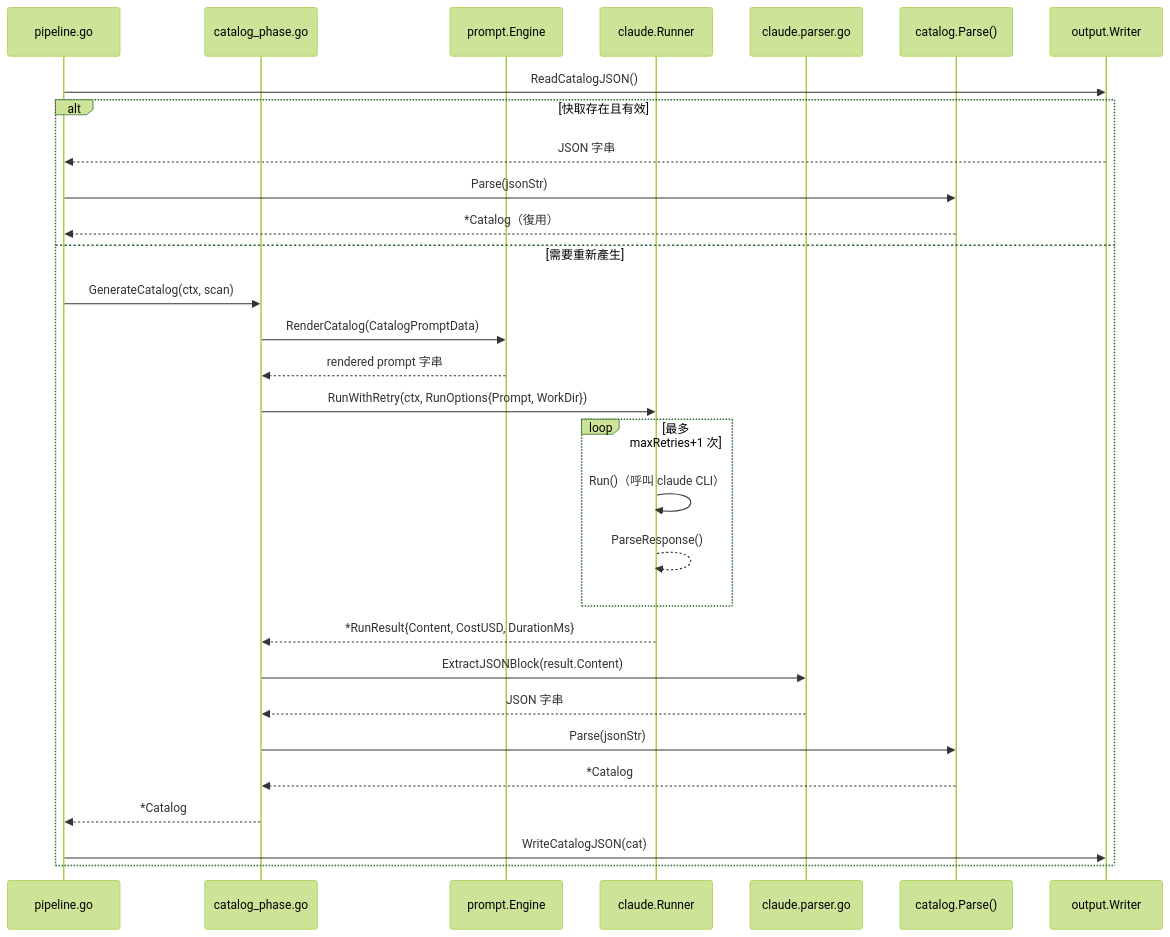
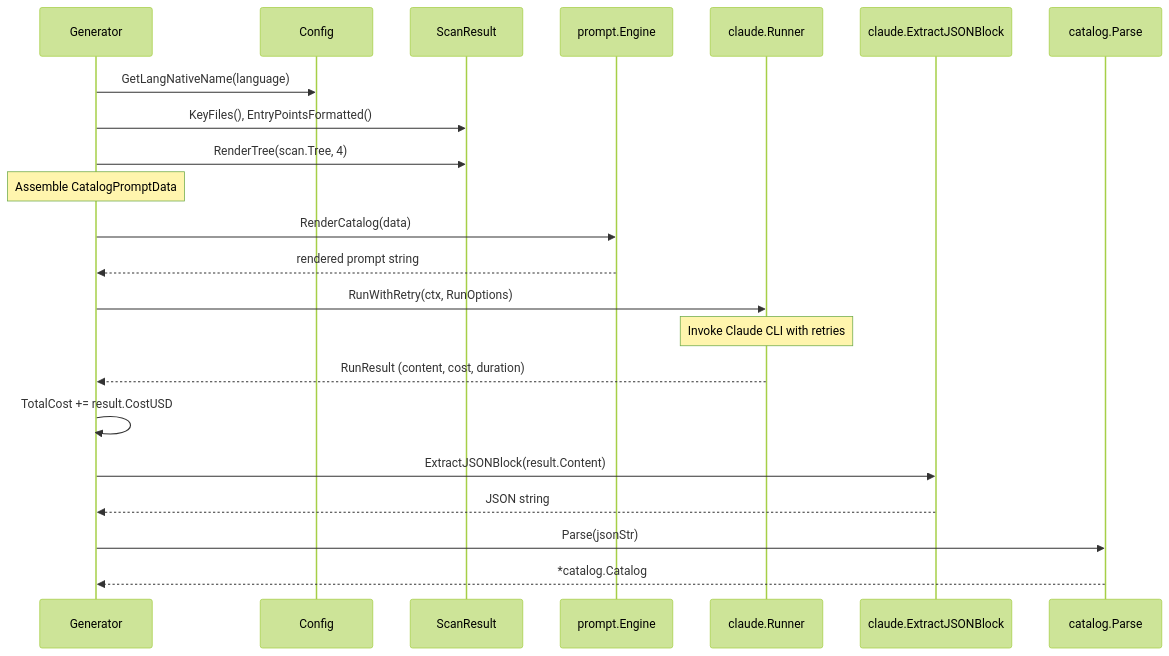
Before and after one commit to monkenWu/selfmd-claude-code: the second of 2 diagrams in docs/core-modules/generator/catalog-phase/index.md, drawn with Mermaid (forest theme). The commit also changed other lines of this file and 145 other files, not shown here.

````diff
--- a/docs/core-modules/generator/catalog-phase/index.md
+++ b/docs/core-modules/generator/catalog-phase/index.md
@@ -128,33 +112,25 @@
 ```mermaid
 sequenceDiagram
-    participant Pipeline as pipeline.go
-    participant CatalogPhase as catalog_phase.go
-    participant Engine as prompt.Engine
-    participant Runner as claude.Runner
-    participant Parser as claude.parser.go
-    participant CatalogPkg as catalog.Parse()
-    participant Writer as output.Writer
+    participant Gen as Generator
+    participant Cfg as Config
+    participant Scan as ScanResult
+    participant Eng as prompt.Engine
+    participant Run as claude.Runner
+    participant Parse as claude.ExtractJSONBlock
+    participant Cat as catalog.Parse
 
-    Pipeline->>Writer: ReadCatalogJSON()
-    alt 快取存在且有效
-        Writer-->>Pipeline: JSON 字串
-        Pipeline->>CatalogPkg: Parse(jsonStr)
-        CatalogPkg-->>Pipeline: *Catalog（復用）
-    else 需要重新產生
-        Pipeline->>CatalogPhase: GenerateCatalog(ctx, scan)
-        CatalogPhase->>Engine: RenderCatalog(CatalogPromptData)
-        Engine-->>CatalogPhase: rendered prompt 字串
-        CatalogPhase->>Runner: RunWithRetry(ctx, RunOptions{Prompt, WorkDir})
-        loop 最多 maxRetries+1 次
-            Runner->>Runner: Run()（呼叫 claude CLI）
-            Runner-->>Runner: ParseResponse()
-        end
-        Runner-->>CatalogPhase: *RunResult{Content, CostUSD, DurationMs}
-        CatalogPhase->>Parser: ExtractJSONBlock(result.Content)
-        Parser-->>CatalogPhase: JSON 字串
-        CatalogPhase->>CatalogPkg: Parse(jsonStr)
-        CatalogPkg-->>CatalogPhase: *Catalog
-        CatalogPhase-->>Pipeline: *Catalog
-        Pipeline->>Writer: WriteCatalogJSON(cat)
-    end
+    Gen->>Cfg: GetLangNativeName(language)
+    Gen->>Scan: KeyFiles(), EntryPointsFormatted()
+    Gen->>Scan: RenderTree(scan.Tree, 4)
+    Note over Gen: Assemble CatalogPromptData
+    Gen->>Eng: RenderCatalog(data)
+    Eng-->>Gen: rendered prompt string
+    Gen->>Run: RunWithRetry(ctx, RunOptions)
+    Note over Run: Invoke Claude CLI with retries
+    Run-->>Gen: RunResult (content, cost, duration)
+    Gen->>Gen: TotalCost += result.CostUSD
+    Gen->>Parse: ExtractJSONBlock(result.Content)
+    Parse-->>Gen: JSON string
+    Gen->>Cat: Parse(jsonStr)
+    Cat-->>Gen: *catalog.Catalog
 ```
````
